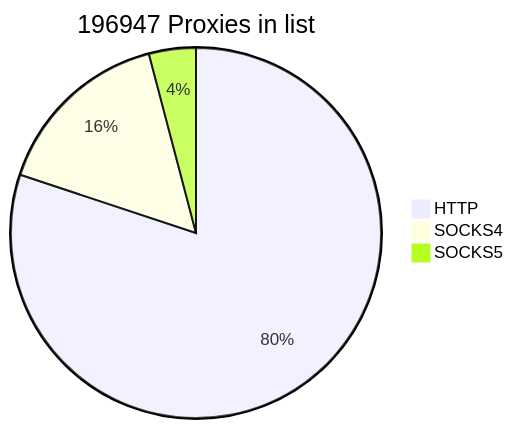
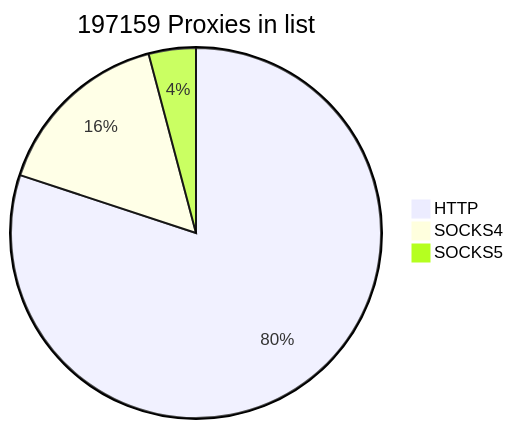
Before and after one commit to cutipu/proxylist: the first of 2 diagrams in README.md, drawn with Mermaid. The commit also changed other lines of this file, not shown here.

````diff
--- a/README.md
+++ b/README.md
@@ -2,7 +2,7 @@
 ```mermaid
-pie title 196947 Proxies in list
-    "HTTP" : 157741
-    "SOCKS4" : 31140
-    "SOCKS5" : 8066
+pie title 197159 Proxies in list
+    "HTTP" : 157849
+    "SOCKS4" : 31196
+    "SOCKS5" : 8114
             
 ```
````
